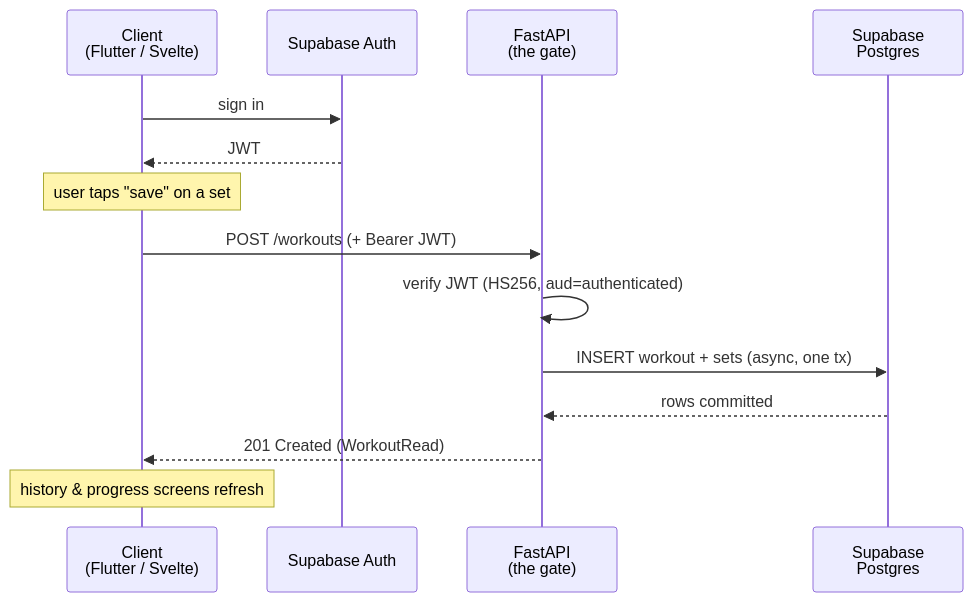
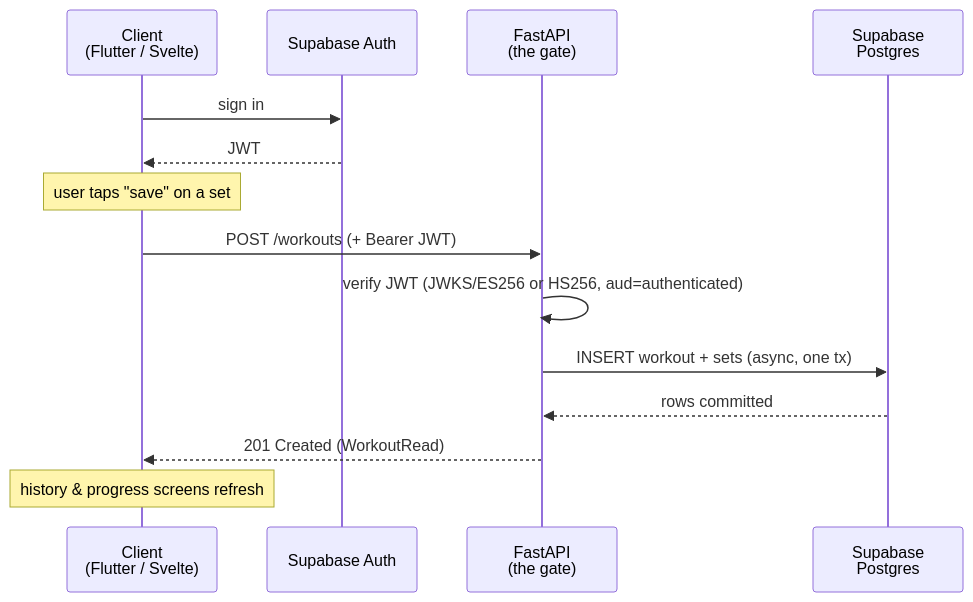
One commit to avetavos/realworld-fittrack changed the diagram in src/content/docs/en/wrap-up/recap.mdx. Above: the diagram before and after it, drawn with Mermaid. The commit also changed 18 other files, not shown here.

````diff
--- a/src/content/docs/en/wrap-up/recap.mdx
+++ b/src/content/docs/en/wrap-up/recap.mdx
@@ -24,17 +24,17 @@
 ```mermaid
 sequenceDiagram
     participant C as Client<br/>(Flutter / Svelte)
     participant Auth as Supabase Auth
     participant API as FastAPI<br/>(the gate)
     participant DB as Supabase<br/>Postgres
 
     C->>Auth: sign in
     Auth-->>C: JWT
     Note over C: user taps "save" on a set
     C->>API: POST /workouts (+ Bearer JWT)
-    API->>API: verify JWT (HS256, aud=authenticated)
+    API->>API: verify JWT (JWKS/ES256 or HS256, aud=authenticated)
     API->>DB: INSERT workout + sets (async, one tx)
     DB-->>API: rows committed
     API-->>C: 201 Created (WorkoutRead)
     Note over C: history & progress screens refresh
 ```
````
